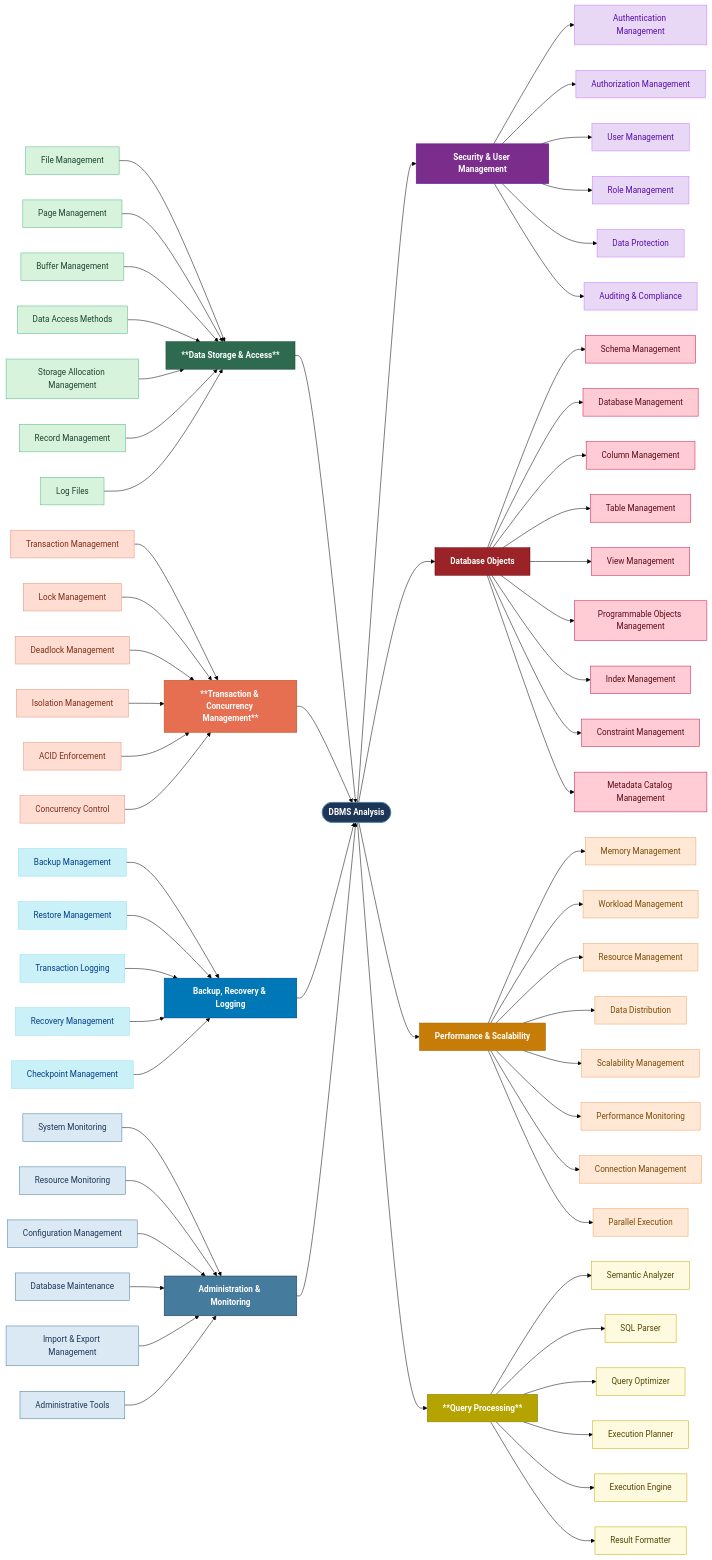
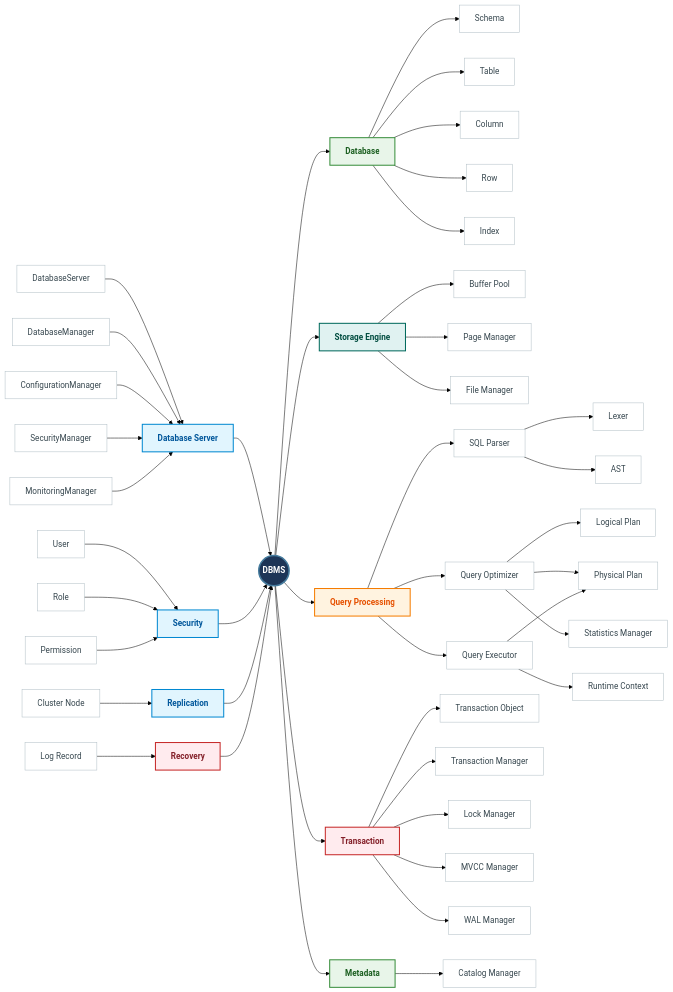
One commit to Huy1801214/dbms-architecture changed the first of 11 diagrams in docs/README.md. Above: the diagram before and after it, drawn with Mermaid (forest theme). The commit also changed other lines of this file and 73 other files, not shown here.

Commit message:
Refactor project base on Mr.Dao architecture

````diff
--- a/docs/README.md
+++ b/docs/README.md
@@ -3,105 +3,134 @@
 ```mermaid
 flowchart LR
-    classDef rootStyle  fill:#1d3557,color:#fff,stroke:#457b9d,font-weight:bold
-    classDef modDSA     fill:#2d6a4f,color:#fff,stroke:#1b4332,font-weight:bold
-    classDef modTCM     fill:#e76f51,color:#fff,stroke:#c1440e,font-weight:bold
-    classDef modBRL     fill:#0077b6,color:#fff,stroke:#023e8a,font-weight:bold
-    classDef modAM      fill:#457b9d,color:#fff,stroke:#1d3557,font-weight:bold
-    classDef modSUM     fill:#7b2d8b,color:#fff,stroke:#560bad,font-weight:bold
-    classDef modDO      fill:#9b2226,color:#fff,stroke:#6a040f,font-weight:bold
-    classDef modPS      fill:#c77c08,color:#fff,stroke:#a05f00,font-weight:bold
-    classDef modQP      fill:#b5a300,color:#fff,stroke:#8a7a00,font-weight:bold
+    %% =====================================================
+    %% NODE DECLARATIONS & STYLING (Declared exactly once)
+    %% =====================================================
+    DBMS((DBMS)):::rootStyle
+    
+    %% Left-side Branches
+    Server["Database Server"]:::branchAdmin
+    Security["Security"]:::branchAdmin
+    Replication["Replication"]:::branchAdmin
+    Recovery["Recovery"]:::branchTx
+    
+    DatabaseServer["DatabaseServer"]:::leafStyle
+    DatabaseManager["DatabaseManager"]:::leafStyle
+    ConfigurationManager["ConfigurationManager"]:::leafStyle
+    SecurityManager["SecurityManager"]:::leafStyle
+    MonitoringManager["MonitoringManager"]:::leafStyle
+    
+    User["User"]:::leafStyle
+    Role["Role"]:::leafStyle
+    Permission["Permission"]:::leafStyle
+    ClusterNode["Cluster Node"]:::leafStyle
+    LogRecord["Log Record"]:::leafStyle
 
-    classDef subDSA     fill:#d8f3dc,color:#1b4332,stroke:#52b788
-    classDef subTCM     fill:#ffddd2,color:#7d2d1a,stroke:#e29578
-    classDef subBRL     fill:#caf0f8,color:#023e8a,stroke:#90e0ef
-    classDef subAM      fill:#dbe9f5,color:#1d3557,stroke:#457b9d
-    classDef subSUM     fill:#e9d8f5,color:#560bad,stroke:#c77dff
-    classDef subDO      fill:#ffccd5,color:#5c0a14,stroke:#c9184a
-    classDef subPS      fill:#ffe8d6,color:#7c4a03,stroke:#f4a261
-    classDef subQP      fill:#fefae0,color:#554400,stroke:#c8aa00
+    %% Right-side Branches
+    Database["Database"]:::branchCatalog
+    Storage["Storage Engine"]:::branchStorage
+    Query["Query Processing"]:::branchQuery
+    Transaction["Transaction"]:::branchTx
+    Metadata["Metadata"]:::branchCatalog
+    
+    Schema["Schema"]:::leafStyle
+    Table["Table"]:::leafStyle
+    Column["Column"]:::leafStyle
+    Row["Row"]:::leafStyle
+    Index["Index"]:::leafStyle
+    
+    BufferPool["Buffer Pool"]:::leafStyle
+    PageManager["Page Manager"]:::leafStyle
+    FileManager["File Manager"]:::leafStyle
+    
+    SQLParser["SQL Parser"]:::leafStyle
+    Lexer["Lexer"]:::leafStyle
+    AST["AST"]:::leafStyle
+    
+    QueryOptimizer["Query Optimizer"]:::leafStyle
+    LogicalPlan["Logical Plan"]:::leafStyle
+    PhysicalPlan["Physical Plan"]:::leafStyle
+    StatisticsManager["Statistics Manager"]:::leafStyle
+    
+    QueryExecutor["Query Executor"]:::leafStyle
+    RuntimeContext["Runtime Context"]:::leafStyle
+    
+    TransactionObject["Transaction Object"]:::leafStyle
+    TransactionManager["Transaction Manager"]:::leafStyle
+    LockManager["Lock Manager"]:::leafStyle
+    MVCCManager["MVCC Manager"]:::leafStyle
+    WALManager["WAL Manager"]:::leafStyle
+    
+    CatalogManager["Catalog Manager"]:::leafStyle
 
-    %% ─────────────────── LEFT SIDE ───────────────────
+    %% =====================================================
+    %% CONNECTIONS (Simple Node IDs only)
+    %% =====================================================
+    
+    %% Left Side Connections (pointing left-to-right into DBMS)
+    Server --> DBMS
+    Security --> DBMS
+    Replication --> DBMS
+    Recovery --> DBMS
 
-    %% Data Storage & Access
-    DSA1["File Management"]:::subDSA              --> DSA
-    DSA2["Page Management"]:::subDSA              --> DSA
-    DSA3["Buffer Management"]:::subDSA            --> DSA
-    DSA4["Data Access Methods"]:::subDSA          --> DSA
-    DSA5["Storage Allocation Management"]:::subDSA --> DSA
-    DSA6["Record Management"]:::subDSA            --> DSA
-    DSA7["Log Files"]:::subDSA                    --> DSA
-    DSA["**Data Storage & Access**"]:::modDSA         --> ROOT
+    DatabaseServer --> Server
+    DatabaseManager --> Server
+    ConfigurationManager --> Server
+    SecurityManager --> Server
+    MonitoringManager --> Server
 
-    %% Transaction & Concurrency Management
-    TCM1["Transaction Management"]:::subTCM --> TCM
-    TCM2["Lock Management"]:::subTCM        --> TCM
-    TCM3["Deadlock Management"]:::subTCM    --> TCM
-    TCM4["Isolation Management"]:::subTCM   --> TCM
-    TCM5["ACID Enforcement"]:::subTCM       --> TCM
-    TCM6["Concurrency Control"]:::subTCM    --> TCM
-    TCM["**Transaction & Concurrency Management**"]:::modTCM --> ROOT
+    User --> Security
+    Role --> Security
+    Permission --> Security
 
-    %% Backup, Recovery & Logging
-    BRL1["Backup Management"]:::subBRL      --> BRL
-    BRL2["Restore Management"]:::subBRL     --> BRL
-    BRL3["Transaction Logging"]:::subBRL    --> BRL
-    BRL4["Recovery Management"]:::subBRL    --> BRL
-    BRL5["Checkpoint Management"]:::subBRL  --> BRL
-    BRL["Backup, Recovery & Logging"]:::modBRL --> ROOT
+    ClusterNode --> Replication
+    LogRecord --> Recovery
 
-    %% Administration & Monitoring
-    AM1["System Monitoring"]:::subAM           --> AM
-    AM2["Resource Monitoring"]:::subAM         --> AM
-    AM3["Configuration Management"]:::subAM    --> AM
-    AM4["Database Maintenance"]:::subAM        --> AM
-    AM5["Import & Export Management"]:::subAM  --> AM
-    AM6["Administrative Tools"]:::subAM        --> AM
-    AM["Administration & Monitoring"]:::modAM --> ROOT
+    %% Right Side Connections (pointing right)
+    DBMS --> Database
+    DBMS --> Storage
+    DBMS --> Query
+    DBMS --> Transaction
+    DBMS --> Metadata
 
-    %% ─────────────────── ROOT ───────────────────
-    ROOT(["DBMS Analysis"]):::rootStyle
+    Database --> Schema
+    Database --> Table
+    Database --> Column
+    Database --> Row
+    Database --> Index
 
-    %% ─────────────────── RIGHT SIDE ───────────────────
+    Storage --> BufferPool
+    Storage --> PageManager
+    Storage --> FileManager
 
-    %% Security & User Management
-    ROOT --> SUM["Security & User Management"]:::modSUM
-    SUM --> SUM1["Authentication Management"]:::subSUM
-    SUM --> SUM2["Authorization Management"]:::subSUM
-    SUM --> SUM3["User Management"]:::subSUM
-    SUM --> SUM4["Role Management"]:::subSUM
-    SUM --> SUM5["Data Protection"]:::subSUM
-    SUM --> SUM6["Auditing & Compliance"]:::subSUM
+    Query --> SQLParser
+    SQLParser --> Lexer
+    SQLParser --> AST
 
-    %% Database Objects
-    ROOT --> DO["Database Objects"]:::modDO
-    DO --> DO1["Schema Management"]:::subDO
-    DO --> DO2["Database Management"]:::subDO
-    DO --> DO3["Column Management"]:::subDO
-    DO --> DO4["Table Management"]:::subDO
-    DO --> DO5["View Management"]:::subDO
-    DO --> DO6["Programmable Objects Management"]:::subDO
-    DO --> DO7["Index Management"]:::subDO
-    DO --> DO8["Constraint Management"]:::subDO
-    DO --> DO9["Metadata Catalog Management"]:::subDO
+    Query --> QueryOptimizer
+    QueryOptimizer --> LogicalPlan
+    QueryOptimizer --> PhysicalPlan
+    QueryOptimizer --> StatisticsManager
 
-    %% Performance & Scalability
-    ROOT --> PS["Performance & Scalability"]:::modPS
-    PS --> PS1["Memory Management"]:::subPS
-    PS --> PS2["Workload Management"]:::subPS
-    PS --> PS3["Resource Management"]:::subPS
-    PS --> PS4["Data Distribution"]:::subPS
-    PS --> PS5["Scalability Management"]:::subPS
-    PS --> PS6["Performance Monitoring"]:::subPS
-    PS --> PS7["Connection Management"]:::subPS
-    PS --> PS8["Parallel Execution"]:::subPS
+    Query --> QueryExecutor
+    QueryExecutor --> RuntimeContext
+    QueryExecutor --> PhysicalPlan
 
-    %% Query Processing
-    ROOT --> QP["**Query Processing**"]:::modQP
-    QP --> QP1["Semantic Analyzer"]:::subQP
-    QP --> QP2["SQL Parser"]:::subQP
-    QP --> QP3["Query Optimizer"]:::subQP
-    QP --> QP4["Execution Planner"]:::subQP
-    QP --> QP5["Execution Engine"]:::subQP
-    QP --> QP6["Result Formatter"]:::subQP
+    Transaction --> TransactionObject
+    Transaction --> TransactionManager
+    Transaction --> LockManager
+    Transaction --> MVCCManager
+    Transaction --> WALManager
+
+    Metadata --> CatalogManager
+
+    %% =====================================================
+    %% STYLING DEFINITIONS (HSL Colors)
+    %% =====================================================
+    classDef rootStyle fill:#1d3557,stroke:#457b9d,stroke-width:3px,color:#fff,font-weight:bold,font-size:16px;
+    classDef branchAdmin fill:#e1f5fe,stroke:#0288d1,stroke-width:2px,color:#01579b,font-weight:bold;
+    classDef branchQuery fill:#fff3e0,stroke:#f57c00,stroke-width:2px,color:#e65100,font-weight:bold;
+    classDef branchCatalog fill:#e8f5e9,stroke:#388e3c,stroke-width:2px,color:#1b5e20,font-weight:bold;
+    classDef branchStorage fill:#e0f2f1,stroke:#00695c,stroke-width:2px,color:#004d40,font-weight:bold;
+    classDef branchTx fill:#ffebee,stroke:#c62828,stroke-width:2px,color:#842029,font-weight:bold;
+    classDef leafStyle fill:#ffffff,stroke:#b0bec5,stroke-width:1px,color:#37474f;
 ```
````
